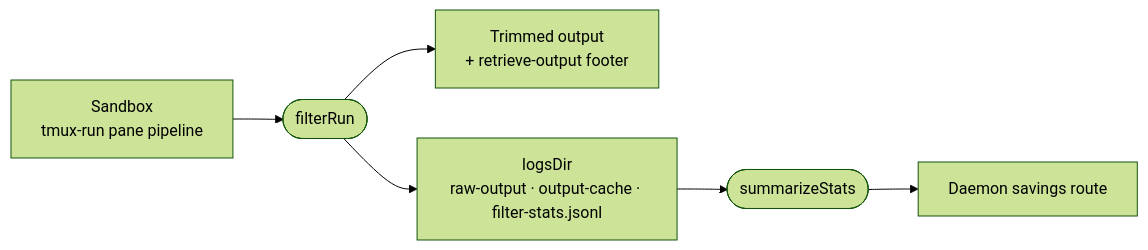
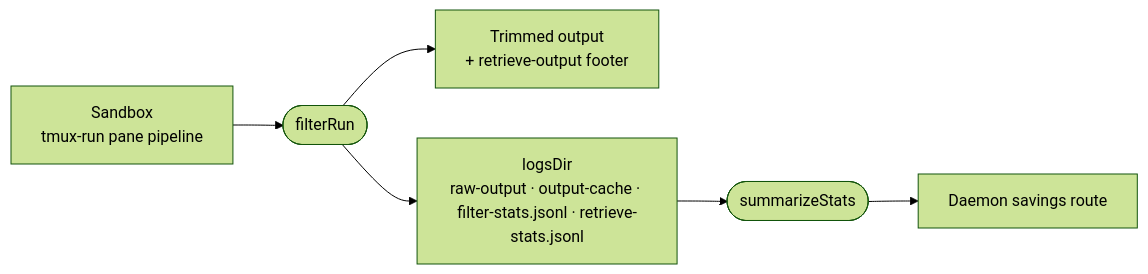
The diagram in _sandbox/output-cleaners/README.md (intentic/intentic), drawn with Mermaid (forest theme) before and after one commit. The commit also changed other lines of this file and 112 other files, not shown here.

````diff
--- a/_sandbox/output-cleaners/README.md
+++ b/_sandbox/output-cleaners/README.md
@@ -5,8 +5,8 @@
 ```mermaid
 flowchart LR
     pane["Sandbox<br/>tmux-run pane pipeline"] --> run(["filterRun"])
     run --> out["Trimmed output<br/>+ retrieve-output footer"]
-    run --> logs["logsDir<br/>raw-output · output-cache · filter-stats.jsonl"]
+    run --> logs["logsDir<br/>raw-output · output-cache · filter-stats.jsonl · retrieve-stats.jsonl"]
     logs --> stats(["summarizeStats"])
     stats --> daemon["Daemon savings route"]
 ```
````
